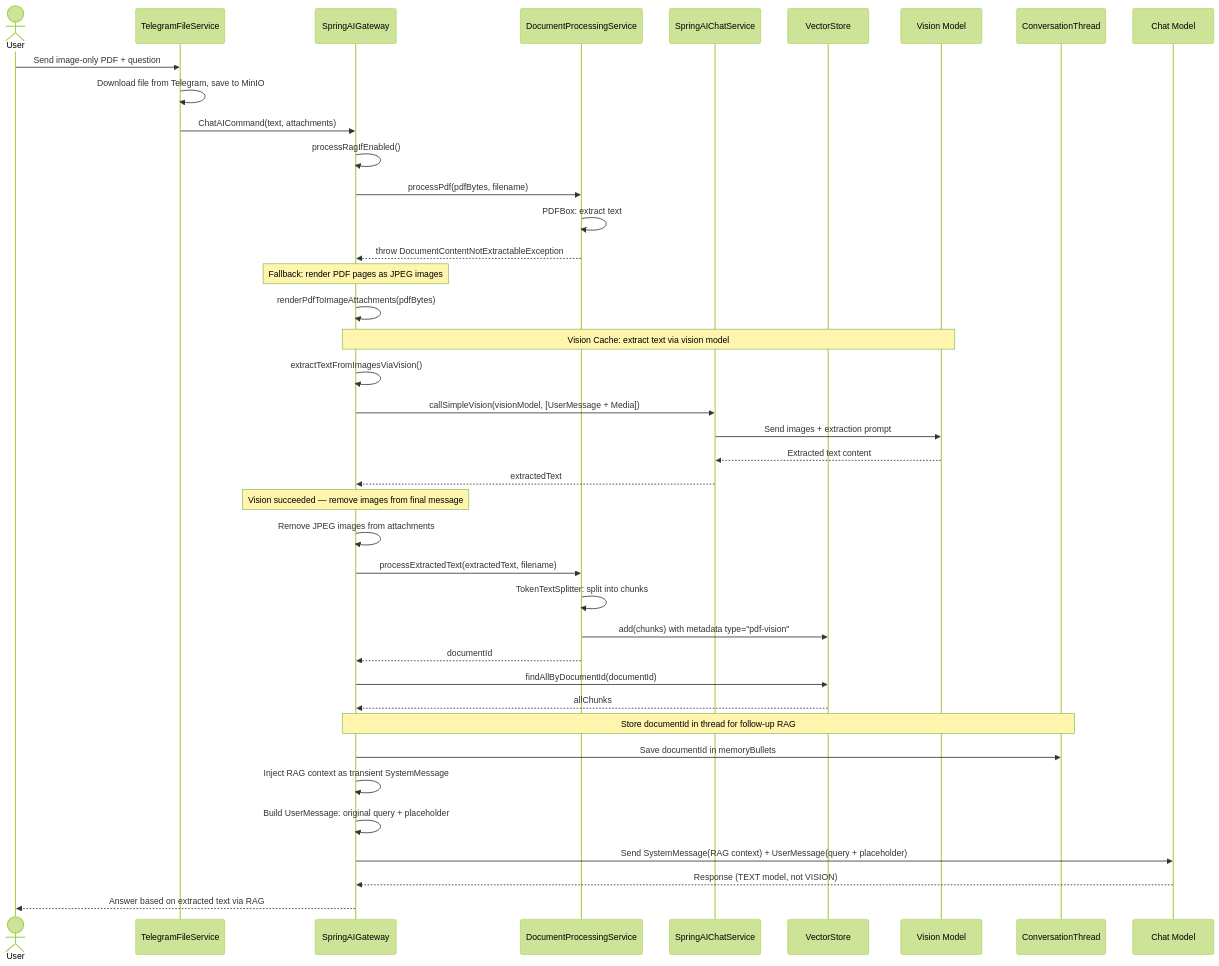
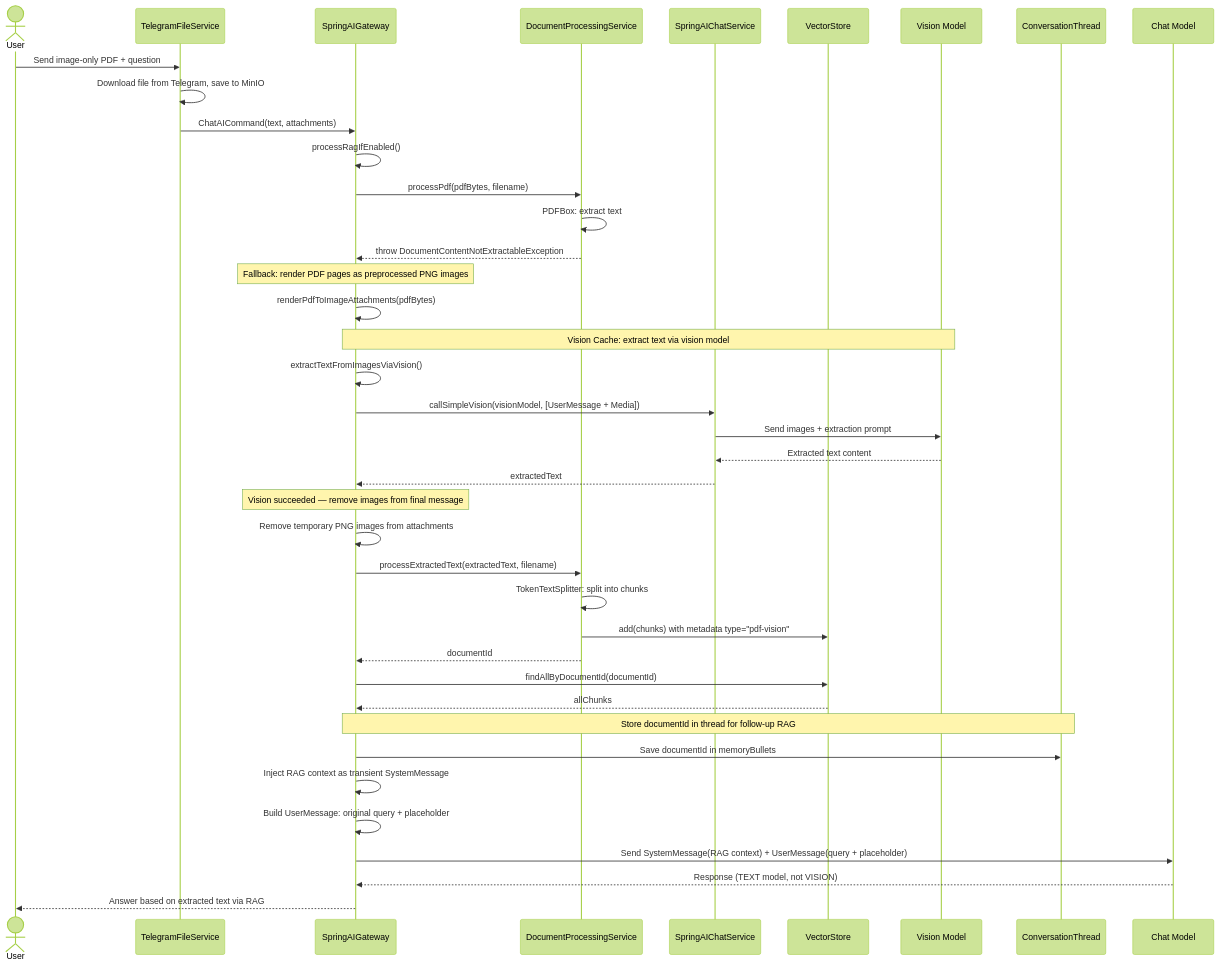
Before and after one commit to NGirchev/open-daimon: the first of 2 diagrams in docs/usecases/image-pdf-vision-cache.md, drawn with Mermaid (forest theme). The commit also changed other lines of this file and 8 other files, not shown here.

````diff
--- a/docs/usecases/image-pdf-vision-cache.md
+++ b/docs/usecases/image-pdf-vision-cache.md
@@ -10,54 +10,54 @@
 ```mermaid
 sequenceDiagram
     actor User
     participant TG as TelegramFileService
     participant GW as SpringAIGateway
     participant DPS as DocumentProcessingService
     participant CS as SpringAIChatService
     participant VS as VectorStore
     participant LLM as Vision Model
     participant DB as ConversationThread
     participant Chat as Chat Model
 
     User->>TG: Send image-only PDF + question
     TG->>TG: Download file from Telegram, save to MinIO
     TG->>GW: ChatAICommand(text, attachments)
 
     GW->>GW: processRagIfEnabled()
     GW->>DPS: processPdf(pdfBytes, filename)
     DPS->>DPS: PDFBox: extract text
     DPS-->>GW: throw DocumentContentNotExtractableException
 
-    Note over GW: Fallback: render PDF pages as JPEG images
+    Note over GW: Fallback: render PDF pages as preprocessed PNG images
 
     GW->>GW: renderPdfToImageAttachments(pdfBytes)
 
     Note over GW,LLM: Vision Cache: extract text via vision model
 
     GW->>GW: extractTextFromImagesViaVision()
     GW->>CS: callSimpleVision(visionModel, [UserMessage + Media])
     CS->>LLM: Send images + extraction prompt
     LLM-->>CS: Extracted text content
     CS-->>GW: extractedText
 
     Note over GW: Vision succeeded — remove images from final message
 
-    GW->>GW: Remove JPEG images from attachments
+    GW->>GW: Remove temporary PNG images from attachments
     GW->>DPS: processExtractedText(extractedText, filename)
     DPS->>DPS: TokenTextSplitter: split into chunks
     DPS->>VS: add(chunks) with metadata type="pdf-vision"
     DPS-->>GW: documentId
 
     GW->>VS: findAllByDocumentId(documentId)
     VS-->>GW: allChunks
 
     Note over GW,DB: Store documentId in thread for follow-up RAG
 
     GW->>DB: Save documentId in memoryBullets
     GW->>GW: Inject RAG context as transient SystemMessage
     GW->>GW: Build UserMessage: original query + placeholder
 
     GW->>Chat: Send SystemMessage(RAG context) + UserMessage(query + placeholder)
     Chat-->>GW: Response (TEXT model, not VISION)
     GW-->>User: Answer based on extracted text via RAG
 ```
````
